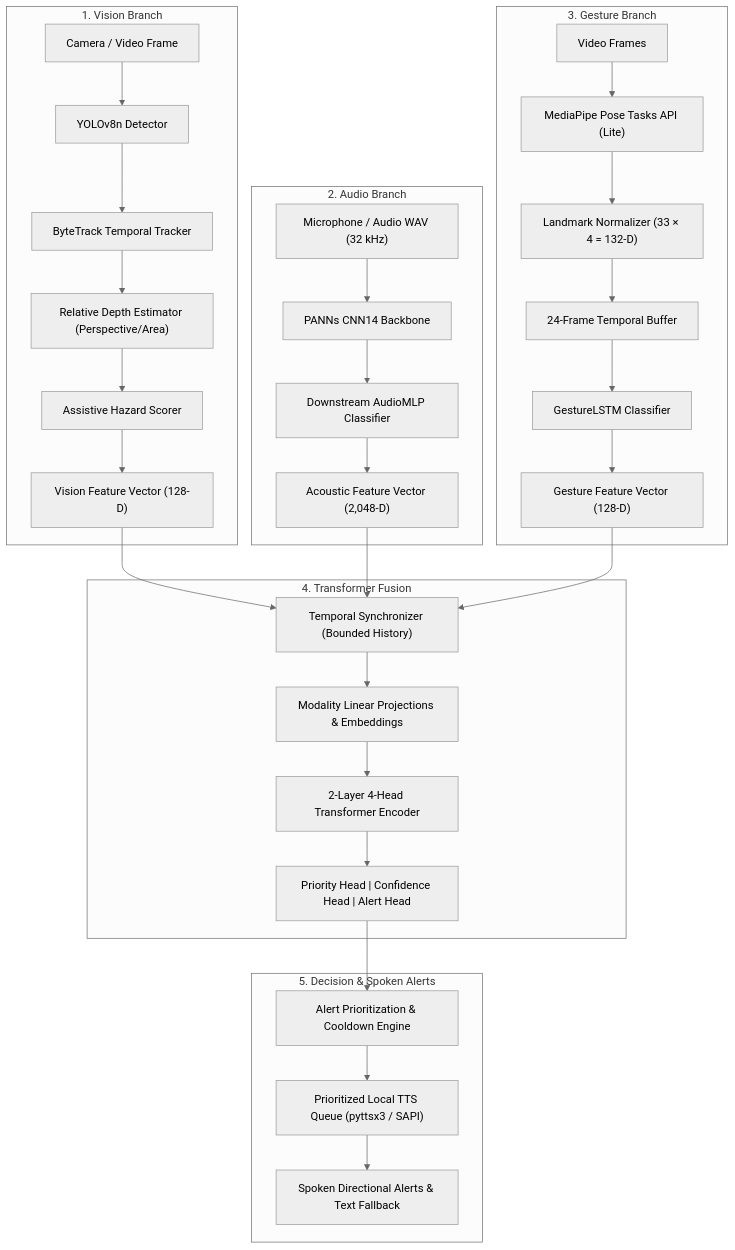
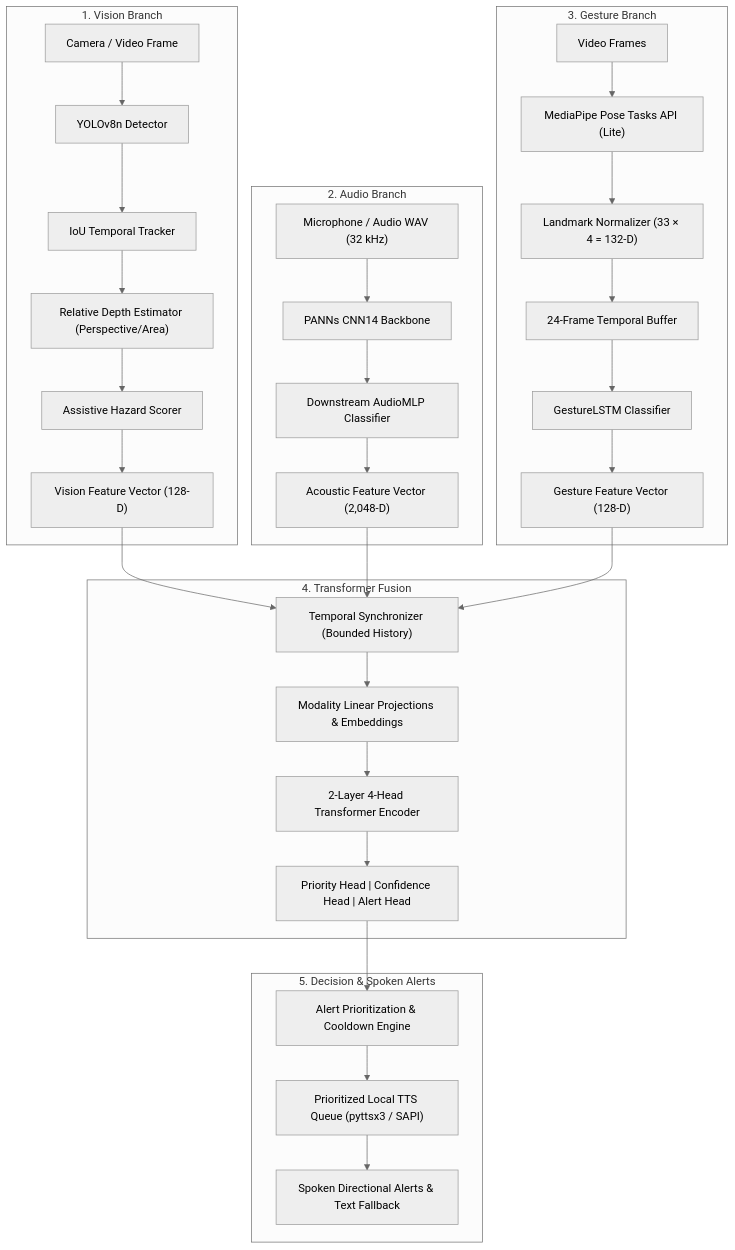
Before and after one commit to GirijaNayak/AINAK: the diagram in README.md, drawn with Mermaid (neutral theme). The commit also changed other lines of this file and 6 other files, not shown here.

````diff
--- a/README.md
+++ b/README.md
@@ -41,39 +41,39 @@
 ```mermaid
 flowchart TD
     subgraph VisionBranch["1. Vision Branch"]
         V_IN["Camera / Video Frame"] --> YOLO["YOLOv8n Detector"]
-        YOLO --> TRACK["ByteTrack Temporal Tracker"]
+        YOLO --> TRACK["IoU Temporal Tracker"]
         TRACK --> DEPTH["Relative Depth Estimator (Perspective/Area)"]
         DEPTH --> HAZARD["Assistive Hazard Scorer"]
         HAZARD --> V_FEAT["Vision Feature Vector (128-D)"]
     end
 
     subgraph AudioBranch["2. Audio Branch"]
         A_IN["Microphone / Audio WAV (32 kHz)"] --> CNN14["PANNs CNN14 Backbone"]
         CNN14 --> AMLP["Downstream AudioMLP Classifier"]
         AMLP --> A_FEAT["Acoustic Feature Vector (2,048-D)"]
     end
 
     subgraph GestureBranch["3. Gesture Branch"]
         G_IN["Video Frames"] --> POSE["MediaPipe Pose Tasks API (Lite)"]
         POSE --> NORM["Landmark Normalizer (33 × 4 = 132-D)"]
         NORM --> BUFF["24-Frame Temporal Buffer"]
         BUFF --> LSTM["GestureLSTM Classifier"]
         LSTM --> G_FEAT["Gesture Feature Vector (128-D)"]
     end
 
     subgraph FusionBranch["4. Transformer Fusion"]
         V_FEAT --> SYNC["Temporal Synchronizer (Bounded History)"]
         A_FEAT --> SYNC
         G_FEAT --> SYNC
         SYNC --> PROJ["Modality Linear Projections & Embeddings"]
         PROJ --> TRANS["2-Layer 4-Head Transformer Encoder"]
         TRANS --> HEADS["Priority Head | Confidence Head | Alert Head"]
     end
 
     subgraph DecisionBranch["5. Decision & Spoken Alerts"]
         HEADS --> ENGINE["Alert Prioritization & Cooldown Engine"]
         ENGINE --> TTS["Prioritized Local TTS Queue (pyttsx3 / SAPI)"]
         TTS --> SPEECH["Spoken Directional Alerts & Text Fallback"]
     end
 ```
````
